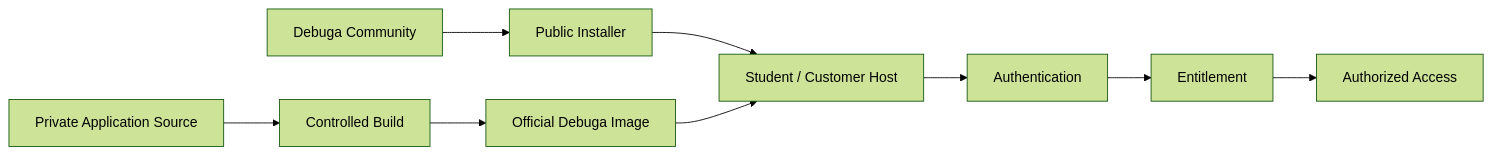
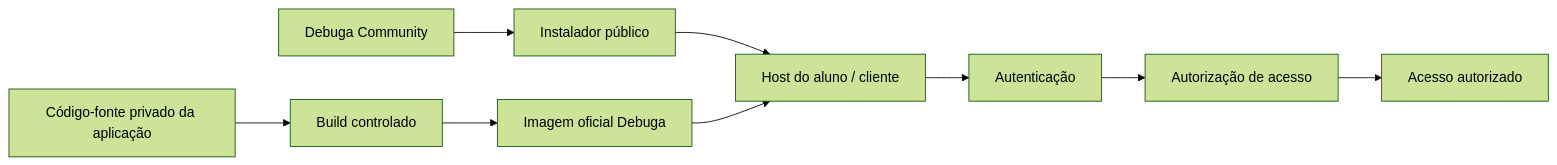
The first of 6 diagrams in README.md (SperryTecnologia/debuga-community), drawn with Mermaid (forest theme) before and after one commit. The commit also changed other lines of this file and 4 other files, not shown here.

````diff
--- a/README.md
+++ b/README.md
@@ -75,23 +85,23 @@
 ```mermaid
 flowchart LR
-    SRC["Private Application Source"]
-    BUILD["Controlled Build"]
-    IMAGE["Official Debuga Image"]
+    SRC["Código-fonte privado da aplicação"]
+    BUILD["Build controlado"]
+    IMAGE["Imagem oficial Debuga"]
     COMMUNITY["Debuga Community"]
-    INSTALLER["Public Installer"]
-    HOST["Student / Customer Host"]
-    AUTH["Authentication"]
-    ENT["Entitlement"]
-    ACCESS["Authorized Access"]
+    INSTALLER["Instalador público"]
+    HOST["Host do aluno / cliente"]
+    AUTH["Autenticação"]
+    ENT["Autorização de acesso"]
+    ACCESS["Acesso autorizado"]
 
     SRC --> BUILD
     BUILD --> IMAGE
 
     COMMUNITY --> INSTALLER
     INSTALLER --> HOST
     IMAGE --> HOST
 
     HOST --> AUTH
     AUTH --> ENT
     ENT --> ACCESS
 ```
````
